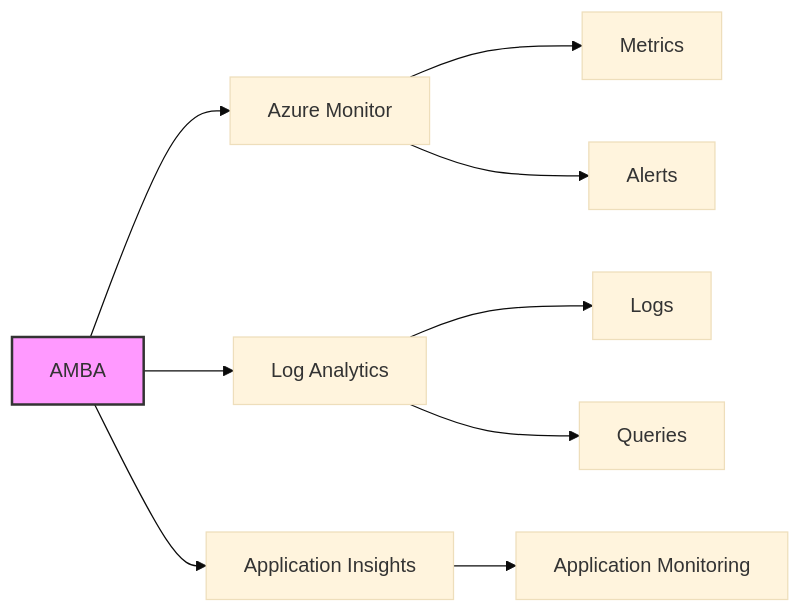
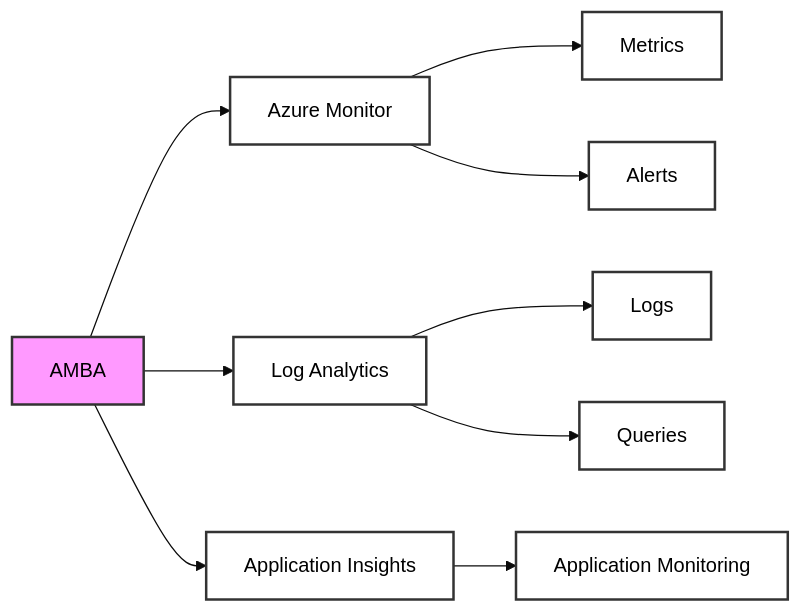
The fourth of 5 diagrams in docs/03-ALZ-Integration.md (davoodharun/amba-design-doc), drawn with Mermaid (base theme) before and after one commit. The commit also changed other lines of this file, not shown here.

Commit message:
updates diagrams

````diff
--- a/docs/03-ALZ-Integration.md
+++ b/docs/03-ALZ-Integration.md
@@ -224,13 +232,21 @@
 ```mermaid
 graph LR
     A[AMBA] --> B[Azure Monitor]
     A --> C[Log Analytics]
     A --> D[Application Insights]
     B --> E[Metrics]
     B --> F[Alerts]
     C --> G[Logs]
     C --> H[Queries]
     D --> I[Application Monitoring]
     
-    style A fill:#f9f,stroke:#333,stroke-width:2px
+    style A fill:#f9f,stroke:#333,stroke-width:2px,color:#000
+    style B fill:#fff,stroke:#333,stroke-width:2px,color:#000
+    style C fill:#fff,stroke:#333,stroke-width:2px,color:#000
+    style D fill:#fff,stroke:#333,stroke-width:2px,color:#000
+    style E fill:#fff,stroke:#333,stroke-width:2px,color:#000
+    style F fill:#fff,stroke:#333,stroke-width:2px,color:#000
+    style G fill:#fff,stroke:#333,stroke-width:2px,color:#000
+    style H fill:#fff,stroke:#333,stroke-width:2px,color:#000
+    style I fill:#fff,stroke:#333,stroke-width:2px,color:#000
 ```
````
